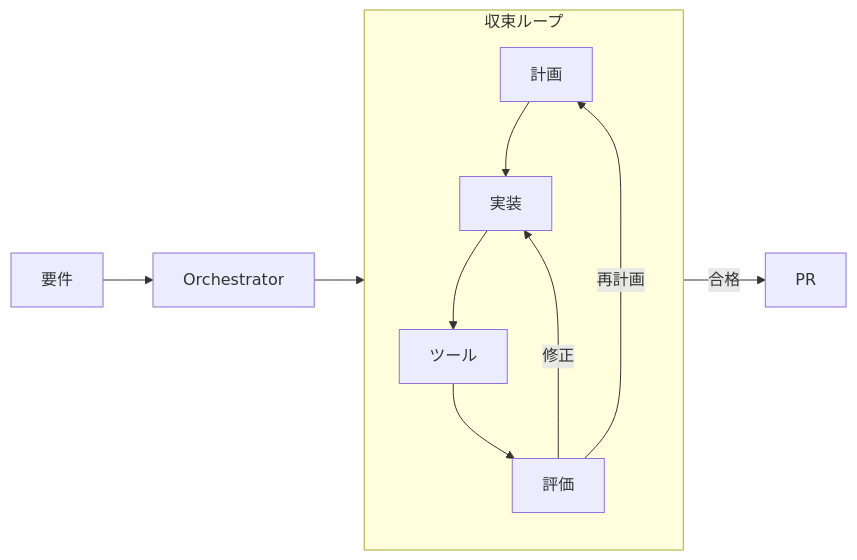
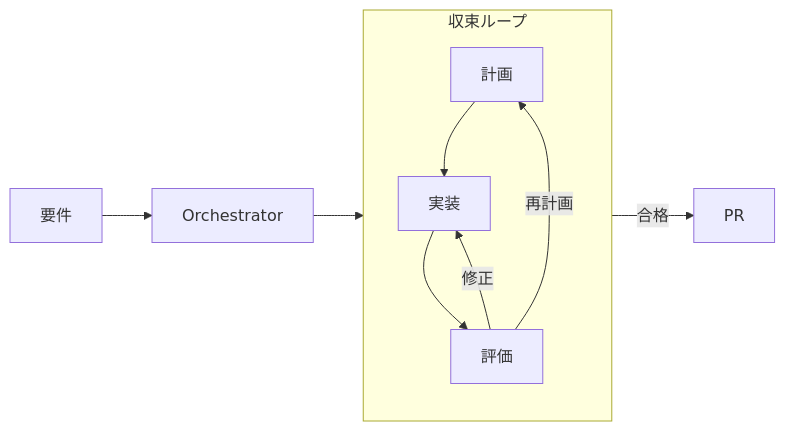
Before and after one commit to yjn279/trinity: the diagram in README.md, drawn with Mermaid. The commit also changed other lines of this file and 1 other file, not shown here.

````diff
--- a/README.md
+++ b/README.md
@@ -42,14 +43,13 @@
 ```mermaid
 flowchart LR
   requirement[要件] --> orchestrator[Orchestrator]
   orchestrator --> plan
   subgraph loop[収束ループ]
     direction TB
     plan[計画] --> generate[実装]
-    generate --> tools[ツール]
-    tools --> evaluate[評価]
+    generate --> evaluate[評価]
     evaluate -->|再計画| plan
     evaluate -->|修正| generate
   end
   evaluate -->|合格| pullRequest[PR]
 ```
````
